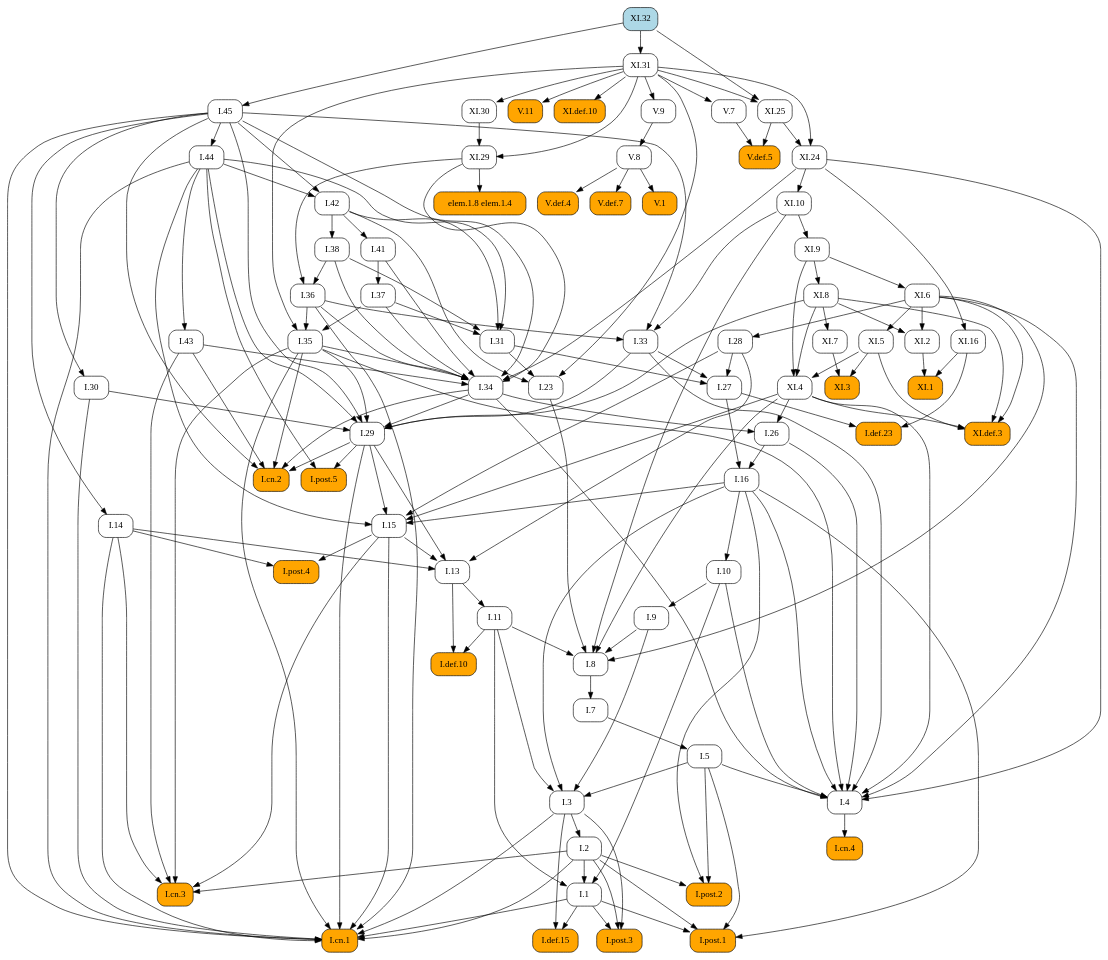
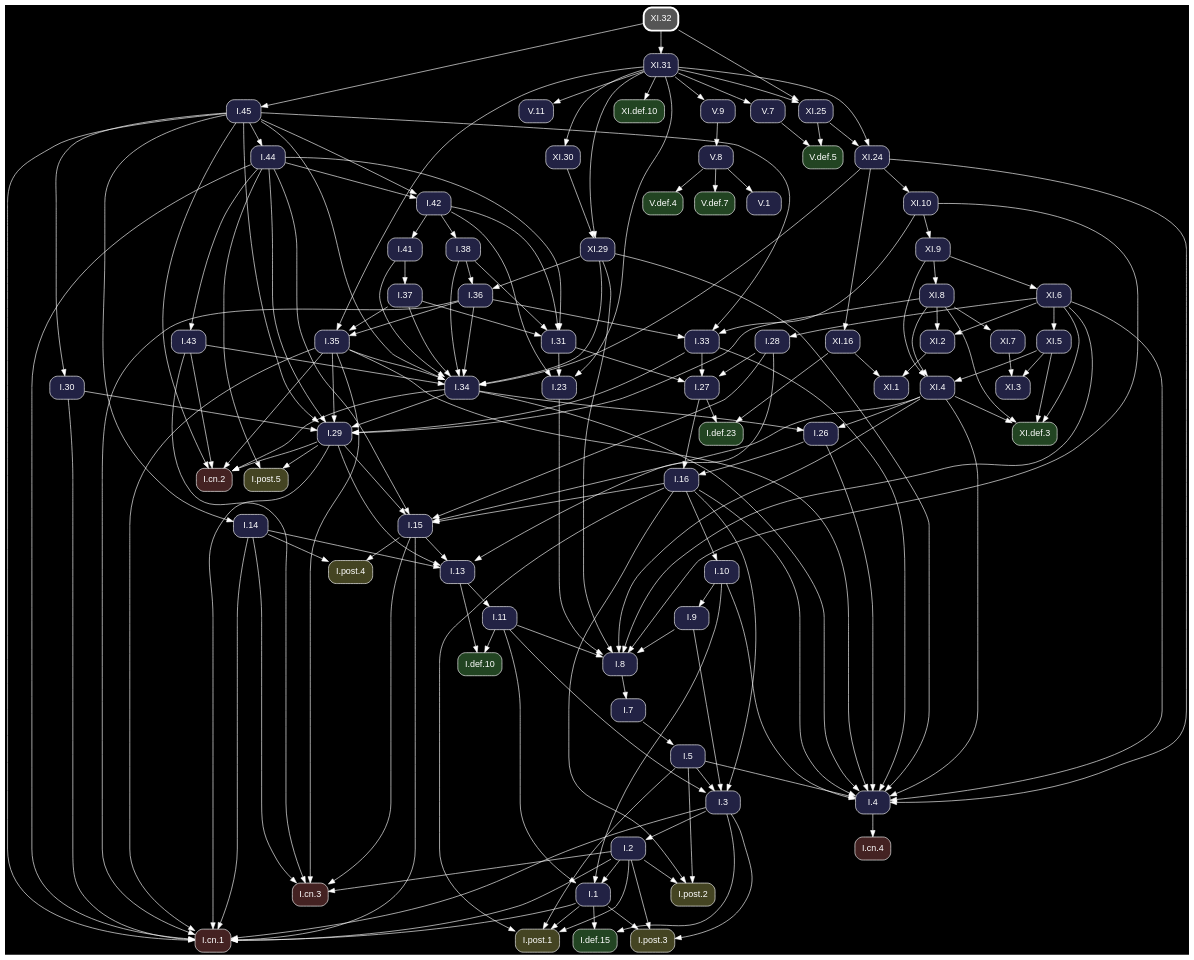
The diagram in docsrc/heath/XI/32/index.rst (geometor/elements), drawn with Graphviz before and after one commit. The commit also changed other lines of this file and 1200 other files, not shown here.

Commit message:
update dependency graphs

```diff
--- a/docsrc/heath/XI/32/index.rst
+++ b/docsrc/heath/XI/32/index.rst
@@ -34,205 +34,83 @@
 .. graphviz::
 
    digraph {
+     bgcolor="black";
+     node [shape=box, style="rounded,filled", fontname="Helvetica", color="white", fontcolor="white"];
+     edge [color="white", fontcolor="white"];
      rankdir="TB";
-     node [shape=box, style=rounded];
-     "I.23" [URL="/heath/I/23/", target="_top"];
-     "I.9" [URL="/heath/I/9/", target="_top"];
-     "I.def.15" [style="rounded,filled", fillcolor=orange, URL="/heath/I/def.15/", target="_top"];
-     "XI.24" [URL="/heath/XI/24/", target="_top"];
-     "V.7" [URL="/heath/V/7/", target="_top"];
-     "XI.6" [URL="/heath/XI/6/", target="_top"];
-     "I.post.1" [style="rounded,filled", fillcolor=orange, URL="/heath/I/post.1/", target="_top"];
-     "I.43" [URL="/heath/I/43/", target="_top"];
-     "V.9" [URL="/heath/V/9/", target="_top"];
-     "I.30" [URL="/heath/I/30/", target="_top"];
-     "I.31" [URL="/heath/I/31/", target="_top"];
-     "I.def.10" [style="rounded,filled", fillcolor=orange, URL="/heath/I/def.10/", target="_top"];
-     "XI.def.3" [style="rounded,filled", fillcolor=orange, URL="/heath/XI/def.3/", target="_top"];
-     "XI.10" [URL="/heath/XI/10/", target="_top"];
-     "elem.1.8 elem.1.4" [style="rounded,filled", fillcolor=orange];
-     "I.14" [URL="/heath/I/14/", target="_top"];
-     "V.11" [style="rounded,filled", fillcolor=orange, URL="/heath/V/11/", target="_top"];
-     "I.34" [URL="/heath/I/34/", target="_top"];
-     "XI.2" [URL="/heath/XI/2/", target="_top"];
-     "I.3" [URL="/heath/I/3/", target="_top"];
-     "V.def.4" [style="rounded,filled", fillcolor=orange, URL="/heath/V/def.4/", target="_top"];
-     "XI.7" [URL="/heath/XI/7/", target="_top"];
-     "V.def.7" [style="rounded,filled", fillcolor=orange, URL="/heath/V/def.7/", target="_top"];
-     "I.2" [URL="/heath/I/2/", target="_top"];
-     "I.13" [URL="/heath/I/13/", target="_top"];
-     "I.post.4" [style="rounded,filled", fillcolor=orange, URL="/heath/I/post.4/", target="_top"];
-     "I.4" [URL="/heath/I/4/", target="_top"];
-     "I.1" [URL="/heath/I/1/", target="_top"];
-     "XI.16" [URL="/heath/XI/16/", target="_top"];
-     "I.8" [URL="/heath/I/8/", target="_top"];
-     "I.45" [URL="/heath/I/45/", target="_top"];
-     "I.29" [URL="/heath/I/29/", target="_top"];
-     "XI.31" [URL="/heath/XI/31/", target="_top"];
-     "XI.5" [URL="/heath/XI/5/", target="_top"];
-     "I.38" [URL="/heath/I/38/", target="_top"];
-     "V.8" [URL="/heath/V/8/", target="_top"];
-     "I.15" [URL="/heath/I/15/", target="_top"];
-     "I.10" [URL="/heath/I/10/", target="_top"];
-     "I.11" [URL="/heath/I/11/", target="_top"];
-     "I.def.23" [style="rounded,filled", fillcolor=orange, URL="/heath/I/def.23/", target="_top"];
-     "I.44" [URL="/heath/I/44/", target="_top"];
-     "XI.1" [style="rounded,filled", fillcolor=orange, URL="/heath/XI/1/", target="_top"];
-     "I.26" [URL="/heath/I/26/", target="_top"];
-     "I.33" [URL="/heath/I/33/", target="_top"];
-     "XI.4" [URL="/heath/XI/4/", target="_top"];
-     "XI.8" [URL="/heath/XI/8/", target="_top"];
-     "I.post.3" [style="rounded,filled", fillcolor=orange, URL="/heath/I/post.3/", target="_top"];
-     "V.def.5" [style="rounded,filled", fillcolor=orange, URL="/heath/V/def.5/", target="_top"];
-     "XI.3" [style="rounded,filled", fillcolor=orange, URL="/heath/XI/3/", target="_top"];
-     "I.42" [URL="/heath/I/42/", target="_top"];
-     "XI.def.10" [style="rounded,filled", fillcolor=orange, URL="/heath/XI/def.10/", target="_top"];
-     "I.27" [URL="/heath/I/27/", target="_top"];
-     "I.35" [URL="/heath/I/35/", target="_top"];
-     "I.cn.1" [style="rounded,filled", fillcolor=orange, URL="/heath/I/cn.1/", target="_top"];
-     "I.7" [URL="/heath/I/7/", target="_top"];
-     "I.36" [URL="/heath/I/36/", target="_top"];
-     "I.5" [URL="/heath/I/5/", target="_top"];
-     "I.37" [URL="/heath/I/37/", target="_top"];
-     "I.cn.3" [style="rounded,filled", fillcolor=orange, URL="/heath/I/cn.3/", target="_top"];
-     "I.16" [URL="/heath/I/16/", target="_top"];
-     "XI.29" [URL="/heath/XI/29/", target="_top"];
-     "V.1" [style="rounded,filled", fillcolor=orange, URL="/heath/V/1/", target="_top"];
-     "XI.9" [URL="/heath/XI/9/", target="_top"];
-     "I.cn.2" [style="rounded,filled", fillcolor=orange, URL="/heath/I/cn.2/", target="_top"];
-     "I.post.5" [style="rounded,filled", fillcolor=orange, URL="/heath/I/post.5/", target="_top"];
-     "I.28" [URL="/heath/I/28/", target="_top"];
-     "I.cn.4" [style="rounded,filled", fillcolor=orange, URL="/heath/I/cn.4/", target="_top"];
-     "I.41" [URL="/heath/I/41/", target="_top"];
-     "I.post.2" [style="rounded,filled", fillcolor=orange, URL="/heath/I/post.2/", target="_top"];
-     "XI.30" [URL="/heath/XI/30/", target="_top"];
-     "XI.32" [style="rounded,filled", fillcolor=lightblue, URL="/heath/XI/32/", target="_top"];
-     "XI.25" [URL="/heath/XI/25/", target="_top"];
-     "I.31" -> "I.23";
-     "I.42" -> "I.23";
-     "XI.31" -> "I.23";
-     "I.10" -> "I.9";
-     "I.1" -> "I.def.15";
-     "I.3" -> "I.def.15";
-     "XI.25" -> "XI.24";
-     "XI.31" -> "XI.24";
-     "XI.31" -> "V.7";
-     "XI.9" -> "XI.6";
-     "I.1" -> "I.post.1";
-     "I.2" -> "I.post.1";
-     "I.5" -> "I.post.1";
-     "I.16" -> "I.post.1";
-     "I.44" -> "I.43";
-     "XI.31" -> "V.9";
-     "I.45" -> "I.30";
-     "I.37" -> "I.31";
-     "I.38" -> "I.31";
-     "I.42" -> "I.31";
-     "I.44" -> "I.31";
-     "I.11" -> "I.def.10";
-     "I.13" -> "I.def.10";
-     "XI.4" -> "XI.def.3";
-     "XI.5" -> "XI.def.3";
-     "XI.6" -> "XI.def.3";
-     "XI.8" -> "XI.def.3";
-     "XI.24" -> "XI.10";
-     "XI.29" -> "elem.1.8 elem.1.4";
-     "I.45" -> "I.14";
-     "XI.31" -> "V.11";
-     "I.35" -> "I.34";
-     "I.36" -> "I.34";
-     "I.37" -> "I.34";
-     "I.38" -> "I.34";
-     "I.41" -> "I.34";
-     "I.43" -> "I.34";
-     "I.45" -> "I.34";
-     "XI.24" -> "I.34";
-     "XI.29" -> "I.34";
-     "XI.6" -> "XI.2";
-     "XI.8" -> "XI.2";
-     "I.5" -> "I.3";
-     "I.9" -> "I.3";
-     "I.11" -> "I.3";
-     "I.16" -> "I.3";
-     "V.8" -> "V.def.4";
+     "XI.7" [fillcolor="#222244", URL="/heath/XI/7/", target="_top"];
+     "XI.8" [fillcolor="#222244", URL="/heath/XI/8/", target="_top"];
+     "I.cn.1" [fillcolor="#442222", URL="/heath/I/cn.1/", target="_top"];
+     "XI.5" [fillcolor="#222244", URL="/heath/XI/5/", target="_top"];
+     "XI.def.10" [fillcolor="#224422", URL="/heath/XI/def.10/", target="_top"];
+     "I.28" [fillcolor="#222244", URL="/heath/I/28/", target="_top"];
+     "I.27" [fillcolor="#222244", URL="/heath/I/27/", target="_top"];
+     "I.2" [fillcolor="#222244", URL="/heath/I/2/", target="_top"];
+     "I.41" [fillcolor="#222244", URL="/heath/I/41/", target="_top"];
+     "I.43" [fillcolor="#222244", URL="/heath/I/43/", target="_top"];
+     "I.post.4" [fillcolor="#444422", URL="/heath/I/post.4/", target="_top"];
+     "I.42" [fillcolor="#222244", URL="/heath/I/42/", target="_top"];
+     "I.26" [fillcolor="#222244", URL="/heath/I/26/", target="_top"];
+     "I.8" [fillcolor="#222244", URL="/heath/I/8/", target="_top"];
+     "XI.24" [fillcolor="#222244", URL="/heath/XI/24/", target="_top"];
+     "I.7" [fillcolor="#222244", URL="/heath/I/7/", target="_top"];
+     "I.5" [fillcolor="#222244", URL="/heath/I/5/", target="_top"];
+     "XI.16" [fillcolor="#222244", URL="/heath/XI/16/", target="_top"];
+     "V.11" [fillcolor="#222244", URL="/heath/V/11/", target="_top"];
+     "V.def.4" [fillcolor="#224422", URL="/heath/V/def.4/", target="_top"];
+     "I.11" [fillcolor="#222244", URL="/heath/I/11/", target="_top"];
+     "I.37" [fillcolor="#222244", URL="/heath/I/37/", target="_top"];
+     "I.cn.3" [fillcolor="#442222", URL="/heath/I/cn.3/", target="_top"];
+     "I.36" [fillcolor="#222244", URL="/heath/I/36/", target="_top"];
+     "I.38" [fillcolor="#222244", URL="/heath/I/38/", target="_top"];
+     "I.post.2" [fillcolor="#444422", URL="/heath/I/post.2/", target="_top"];
+     "I.def.23" [fillcolor="#224422", URL="/heath/I/def.23/", target="_top"];
+     "I.35" [fillcolor="#222244", URL="/heath/I/35/", target="_top"];
+     "I.30" [fillcolor="#222244", URL="/heath/I/30/", target="_top"];
+     "I.post.3" [fillcolor="#444422", URL="/heath/I/post.3/", target="_top"];
+     "I.33" [fillcolor="#222244", URL="/heath/I/33/", target="_top"];
+     "V.8" [fillcolor="#222244", URL="/heath/V/8/", target="_top"];
+     "I.45" [fillcolor="#222244", URL="/heath/I/45/", target="_top"];
+     "XI.31" [fillcolor="#222244", URL="/heath/XI/31/", target="_top"];
+     "V.def.5" [fillcolor="#224422", URL="/heath/V/def.5/", target="_top"];
+     "I.31" [fillcolor="#222244", URL="/heath/I/31/", target="_top"];
+     "I.3" [fillcolor="#222244", URL="/heath/I/3/", target="_top"];
+     "XI.32" [penwidth=3, color="white", fillcolor="#555555", URL="/heath/XI/32/", target="_top"];
+     "XI.def.3" [fillcolor="#224422", URL="/heath/XI/def.3/", target="_top"];
+     "I.def.10" [fillcolor="#224422", URL="/heath/I/def.10/", target="_top"];
+     "I.15" [fillcolor="#222244", URL="/heath/I/15/", target="_top"];
+     "I.13" [fillcolor="#222244", URL="/heath/I/13/", target="_top"];
+     "XI.3" [fillcolor="#222244", URL="/heath/XI/3/", target="_top"];
+     "I.cn.2" [fillcolor="#442222", URL="/heath/I/cn.2/", target="_top"];
+     "XI.1" [fillcolor="#222244", URL="/heath/XI/1/", target="_top"];
+     "I.9" [fillcolor="#222244", URL="/heath/I/9/", target="_top"];
+     "I.1" [fillcolor="#222244", URL="/heath/I/1/", target="_top"];
+     "I.post.5" [fillcolor="#444422", URL="/heath/I/post.5/", target="_top"];
+     "I.23" [fillcolor="#222244", URL="/heath/I/23/", target="_top"];
+     "I.4" [fillcolor="#222244", URL="/heath/I/4/", target="_top"];
+     "V.7" [fillcolor="#222244", URL="/heath/V/7/", target="_top"];
+     "V.9" [fillcolor="#222244", URL="/heath/V/9/", target="_top"];
+     "I.10" [fillcolor="#222244", URL="/heath/I/10/", target="_top"];
+     "XI.30" [fillcolor="#222244", URL="/heath/XI/30/", target="_top"];
+     "V.def.7" [fillcolor="#224422", URL="/heath/V/def.7/", target="_top"];
+     "I.post.1" [fillcolor="#444422", URL="/heath/I/post.1/", target="_top"];
+     "XI.25" [fillcolor="#222244", URL="/heath/XI/25/", target="_top"];
+     "XI.29" [fillcolor="#222244", URL="/heath/XI/29/", target="_top"];
+     "I.16" [fillcolor="#222244", URL="/heath/I/16/", target="_top"];
+     "I.29" [fillcolor="#222244", URL="/heath/I/29/", target="_top"];
+     "XI.9" [fillcolor="#222244", URL="/heath/XI/9/", target="_top"];
+     "I.cn.4" [fillcolor="#442222", URL="/heath/I/cn.4/", target="_top"];
+     "I.14" [fillcolor="#222244", URL="/heath/I/14/", target="_top"];
+     "V.1" [fillcolor="#222244", URL="/heath/V/1/", target="_top"];
+     "I.34" [fillcolor="#222244", URL="/heath/I/34/", target="_top"];
+     "XI.10" [fillcolor="#222244", URL="/heath/XI/10/", target="_top"];
+     "I.44" [fillcolor="#222244", URL="/heath/I/44/", target="_top"];
+     "I.def.15" [fillcolor="#224422", URL="/heath/I/def.15/", target="_top"];
+     "XI.4" [fillcolor="#222244", URL="/heath/XI/4/", target="_top"];
+     "XI.2" [fillcolor="#222244", URL="/heath/XI/2/", target="_top"];
+     "XI.6" [fillcolor="#222244", URL="/heath/XI/6/", target="_top"];
      "XI.8" -> "XI.7";
-     "V.8" -> "V.def.7";
-     "I.3" -> "I.2";
-     "I.14" -> "I.13";
-     "I.15" -> "I.13";
-     "I.28" -> "I.13";
-     "I.29" -> "I.13";
-     "I.14" -> "I.post.4";
-     "I.15" -> "I.post.4";
-     "I.5" -> "I.4";
-     "I.10" -> "I.4";
-     "I.16" -> "I.4";
-     "I.26" -> "I.4";
-     "I.33" -> "I.4";
-     "I.34" -> "I.4";
-     "I.35" -> "I.4";
-     "XI.4" -> "I.4";
-     "XI.6" -> "I.4";
-     "XI.24" -> "I.4";
-     "I.2" -> "I.1";
-     "I.10" -> "I.1";
-     "I.11" -> "I.1";
-     "XI.24" -> "XI.16";
-     "I.9" -> "I.8";
-     "I.11" -> "I.8";
-     "I.23" -> "I.8";
-     "XI.4" -> "I.8";
-     "XI.6" -> "I.8";
-     "XI.10" -> "I.8";
-     "XI.32" -> "I.45";
-     "I.30" -> "I.29";
-     "I.33" -> "I.29";
-     "I.34" -> "I.29";
-     "I.35" -> "I.29";
-     "I.44" -> "I.29";
-     "I.45" -> "I.29";
-     "XI.8" -> "I.29";
-     "XI.32" -> "XI.31";
-     "XI.6" -> "XI.5";
-     "I.42" -> "I.38";
-     "V.9" -> "V.8";
-     "I.16" -> "I.15";
-     "I.28" -> "I.15";
-     "I.29" -> "I.15";
-     "I.44" -> "I.15";
-     "XI.4" -> "I.15";
-     "I.16" -> "I.10";
-     "I.13" -> "I.11";
-     "I.27" -> "I.def.23";
-     "XI.16" -> "I.def.23";
-     "I.45" -> "I.44";
-     "XI.2" -> "XI.1";
-     "XI.16" -> "XI.1";
-     "I.34" -> "I.26";
-     "XI.4" -> "I.26";
-     "I.36" -> "I.33";
-     "I.45" -> "I.33";
-     "XI.10" -> "I.33";
-     "XI.5" -> "XI.4";
-     "XI.8" -> "XI.4";
-     "XI.9" -> "XI.4";
      "XI.9" -> "XI.8";
-     "I.1" -> "I.post.3";
-     "I.2" -> "I.post.3";
-     "I.3" -> "I.post.3";
-     "V.7" -> "V.def.5";
-     "XI.25" -> "V.def.5";
-     "XI.5" -> "XI.3";
-     "XI.7" -> "XI.3";
-     "I.44" -> "I.42";
-     "I.45" -> "I.42";
-     "XI.31" -> "XI.def.10";
-     "I.28" -> "I.27";
-     "I.31" -> "I.27";
-     "I.33" -> "I.27";
-     "I.36" -> "I.35";
-     "I.37" -> "I.35";
-     "XI.31" -> "I.35";
      "I.1" -> "I.cn.1";
      "I.2" -> "I.cn.1";
      "I.3" -> "I.cn.1";
@@ -244,36 +122,160 @@
      "I.36" -> "I.cn.1";
      "I.44" -> "I.cn.1";
      "I.45" -> "I.cn.1";
+     "XI.6" -> "XI.5";
+     "XI.31" -> "XI.def.10";
+     "XI.6" -> "I.28";
+     "I.28" -> "I.27";
+     "I.31" -> "I.27";
+     "I.33" -> "I.27";
+     "I.3" -> "I.2";
+     "I.42" -> "I.41";
+     "I.44" -> "I.43";
+     "I.14" -> "I.post.4";
+     "I.15" -> "I.post.4";
+     "I.44" -> "I.42";
+     "I.45" -> "I.42";
+     "I.34" -> "I.26";
+     "XI.4" -> "I.26";
+     "I.9" -> "I.8";
+     "I.11" -> "I.8";
+     "I.23" -> "I.8";
+     "XI.4" -> "I.8";
+     "XI.6" -> "I.8";
+     "XI.10" -> "I.8";
+     "XI.29" -> "I.8";
+     "XI.25" -> "XI.24";
+     "XI.31" -> "XI.24";
      "I.8" -> "I.7";
-     "I.38" -> "I.36";
-     "XI.29" -> "I.36";
      "I.7" -> "I.5";
+     "XI.24" -> "XI.16";
+     "XI.31" -> "V.11";
+     "V.8" -> "V.def.4";
+     "I.13" -> "I.11";
      "I.41" -> "I.37";
      "I.2" -> "I.cn.3";
      "I.14" -> "I.cn.3";
      "I.15" -> "I.cn.3";
      "I.35" -> "I.cn.3";
      "I.43" -> "I.cn.3";
-     "I.26" -> "I.16";
-     "I.27" -> "I.16";
-     "XI.30" -> "XI.29";
-     "XI.31" -> "XI.29";
-     "V.8" -> "V.1";
-     "XI.10" -> "XI.9";
+     "I.38" -> "I.36";
+     "XI.29" -> "I.36";
+     "I.42" -> "I.38";
+     "I.2" -> "I.post.2";
+     "I.5" -> "I.post.2";
+     "I.16" -> "I.post.2";
+     "I.27" -> "I.def.23";
+     "XI.16" -> "I.def.23";
+     "I.36" -> "I.35";
+     "I.37" -> "I.35";
+     "XI.31" -> "I.35";
+     "I.45" -> "I.30";
+     "I.1" -> "I.post.3";
+     "I.2" -> "I.post.3";
+     "I.3" -> "I.post.3";
+     "I.36" -> "I.33";
+     "I.45" -> "I.33";
+     "XI.10" -> "I.33";
+     "V.9" -> "V.8";
+     "XI.32" -> "I.45";
+     "XI.32" -> "XI.31";
+     "V.7" -> "V.def.5";
+     "XI.25" -> "V.def.5";
+     "I.37" -> "I.31";
+     "I.38" -> "I.31";
+     "I.42" -> "I.31";
+     "I.44" -> "I.31";
+     "I.5" -> "I.3";
+     "I.9" -> "I.3";
+     "I.11" -> "I.3";
+     "I.16" -> "I.3";
+     "XI.4" -> "XI.def.3";
+     "XI.5" -> "XI.def.3";
+     "XI.6" -> "XI.def.3";
+     "XI.8" -> "XI.def.3";
+     "I.11" -> "I.def.10";
+     "I.13" -> "I.def.10";
+     "I.16" -> "I.15";
+     "I.28" -> "I.15";
+     "I.29" -> "I.15";
+     "I.44" -> "I.15";
+     "XI.4" -> "I.15";
+     "I.14" -> "I.13";
+     "I.15" -> "I.13";
+     "I.28" -> "I.13";
+     "I.29" -> "I.13";
+     "XI.5" -> "XI.3";
+     "XI.7" -> "XI.3";
      "I.29" -> "I.cn.2";
      "I.34" -> "I.cn.2";
      "I.35" -> "I.cn.2";
      "I.43" -> "I.cn.2";
      "I.45" -> "I.cn.2";
+     "XI.2" -> "XI.1";
+     "XI.16" -> "XI.1";
+     "I.10" -> "I.9";
+     "I.2" -> "I.1";
+     "I.10" -> "I.1";
+     "I.11" -> "I.1";
      "I.29" -> "I.post.5";
      "I.44" -> "I.post.5";
-     "XI.6" -> "I.28";
-     "I.4" -> "I.cn.4";
-     "I.42" -> "I.41";
-     "I.2" -> "I.post.2";
-     "I.5" -> "I.post.2";
-     "I.16" -> "I.post.2";
+     "I.31" -> "I.23";
+     "I.42" -> "I.23";
+     "XI.31" -> "I.23";
+     "I.5" -> "I.4";
+     "I.10" -> "I.4";
+     "I.16" -> "I.4";
+     "I.26" -> "I.4";
+     "I.33" -> "I.4";
+     "I.34" -> "I.4";
+     "I.35" -> "I.4";
+     "XI.4" -> "I.4";
+     "XI.6" -> "I.4";
+     "XI.24" -> "I.4";
+     "XI.29" -> "I.4";
+     "XI.31" -> "V.7";
+     "XI.31" -> "V.9";
+     "I.16" -> "I.10";
      "XI.31" -> "XI.30";
+     "V.8" -> "V.def.7";
+     "I.1" -> "I.post.1";
+     "I.2" -> "I.post.1";
+     "I.5" -> "I.post.1";
+     "I.16" -> "I.post.1";
      "XI.31" -> "XI.25";
      "XI.32" -> "XI.25";
+     "XI.30" -> "XI.29";
+     "XI.31" -> "XI.29";
+     "I.26" -> "I.16";
+     "I.27" -> "I.16";
+     "I.30" -> "I.29";
+     "I.33" -> "I.29";
+     "I.34" -> "I.29";
+     "I.35" -> "I.29";
+     "I.44" -> "I.29";
+     "I.45" -> "I.29";
+     "XI.8" -> "I.29";
+     "XI.10" -> "XI.9";
+     "I.4" -> "I.cn.4";
+     "I.45" -> "I.14";
+     "V.8" -> "V.1";
+     "I.35" -> "I.34";
+     "I.36" -> "I.34";
+     "I.37" -> "I.34";
+     "I.38" -> "I.34";
+     "I.41" -> "I.34";
+     "I.43" -> "I.34";
+     "I.45" -> "I.34";
+     "XI.24" -> "I.34";
+     "XI.29" -> "I.34";
+     "XI.24" -> "XI.10";
+     "I.45" -> "I.44";
+     "I.1" -> "I.def.15";
+     "I.3" -> "I.def.15";
+     "XI.5" -> "XI.4";
+     "XI.8" -> "XI.4";
+     "XI.9" -> "XI.4";
+     "XI.6" -> "XI.2";
+     "XI.8" -> "XI.2";
+     "XI.9" -> "XI.6";
    }
```
